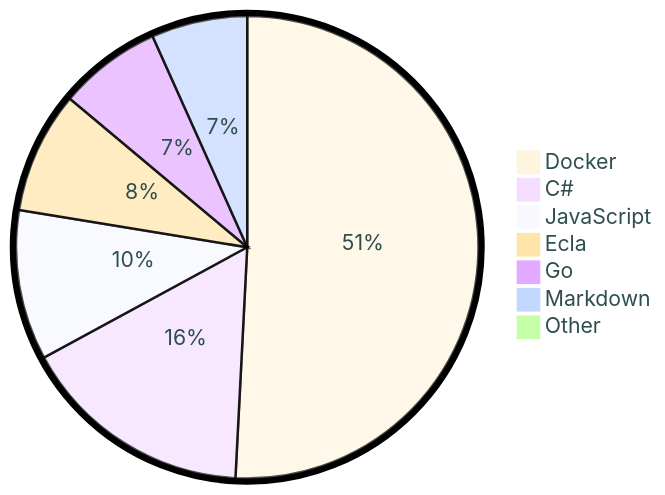
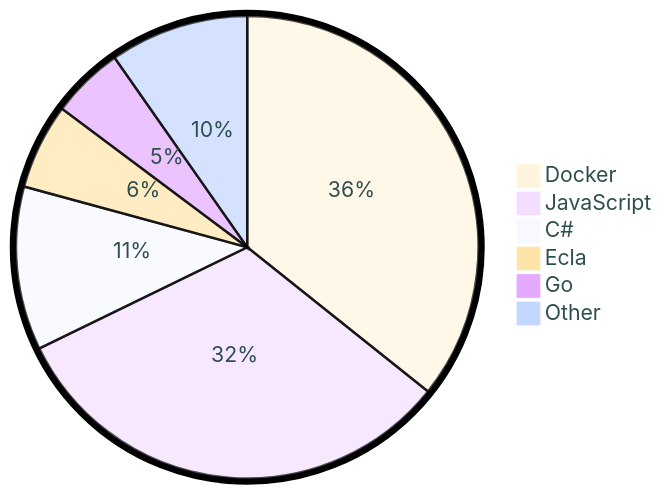
The diagram in README.md (tot0p/tot0p), drawn with Mermaid before and after one commit. The commit also changed other lines of this file, not shown here.

````diff
--- a/README.md
+++ b/README.md
@@ -79,11 +79,10 @@
 ```mermaid
 %%{init: {"pie": {"textPosition": 0.5}, "themeVariables": {"pieOuterStrokeWidth": "5px","primaryTextColor" : "#2F4F4F"},"theme":"base"} }%%
 pie
-	"Docker": 50.64
-	"C#": 16.22
-	"JavaScript": 10.45
-	"Ecla": 8.49
-	"Go": 7.17
-	"Markdown": 6.69
-	"Other": 0.33
+	"Docker": 35.72
+	"JavaScript": 32.07
+	"C#": 11.44
+	"Ecla": 5.99
+	"Go": 5.06
+	"Other": 9.72
 ```
````
